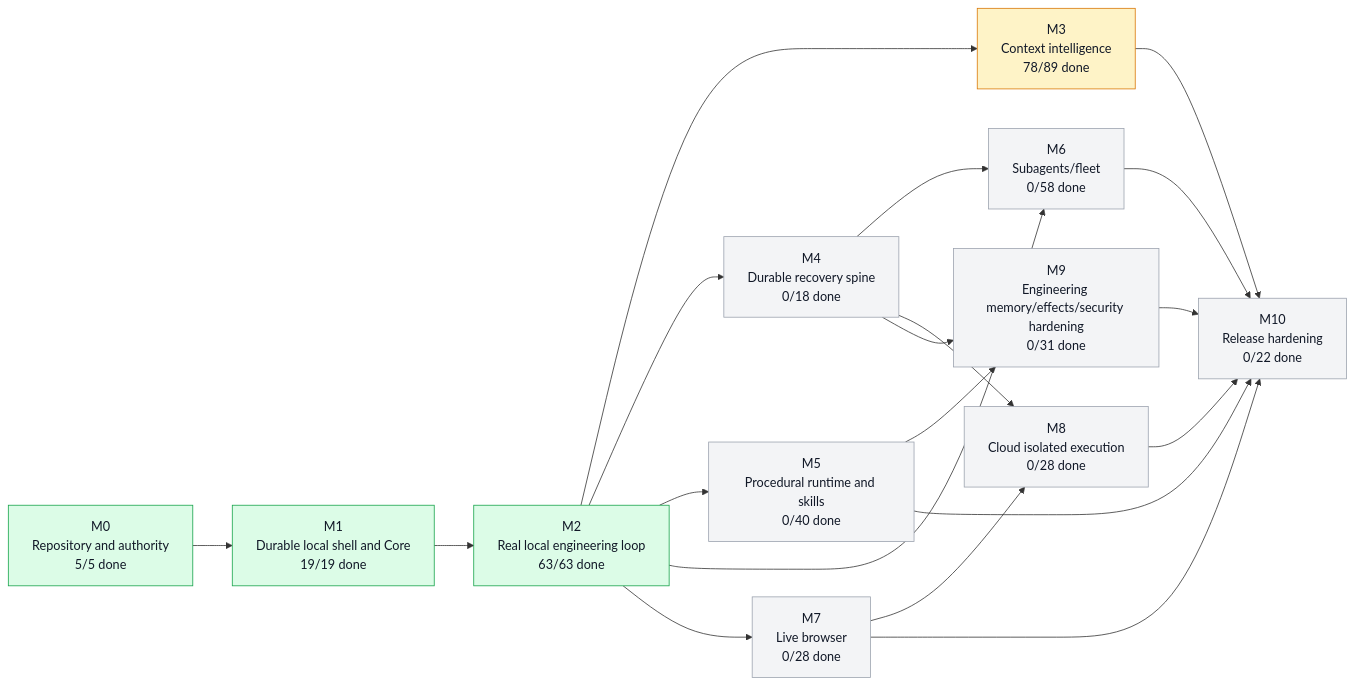
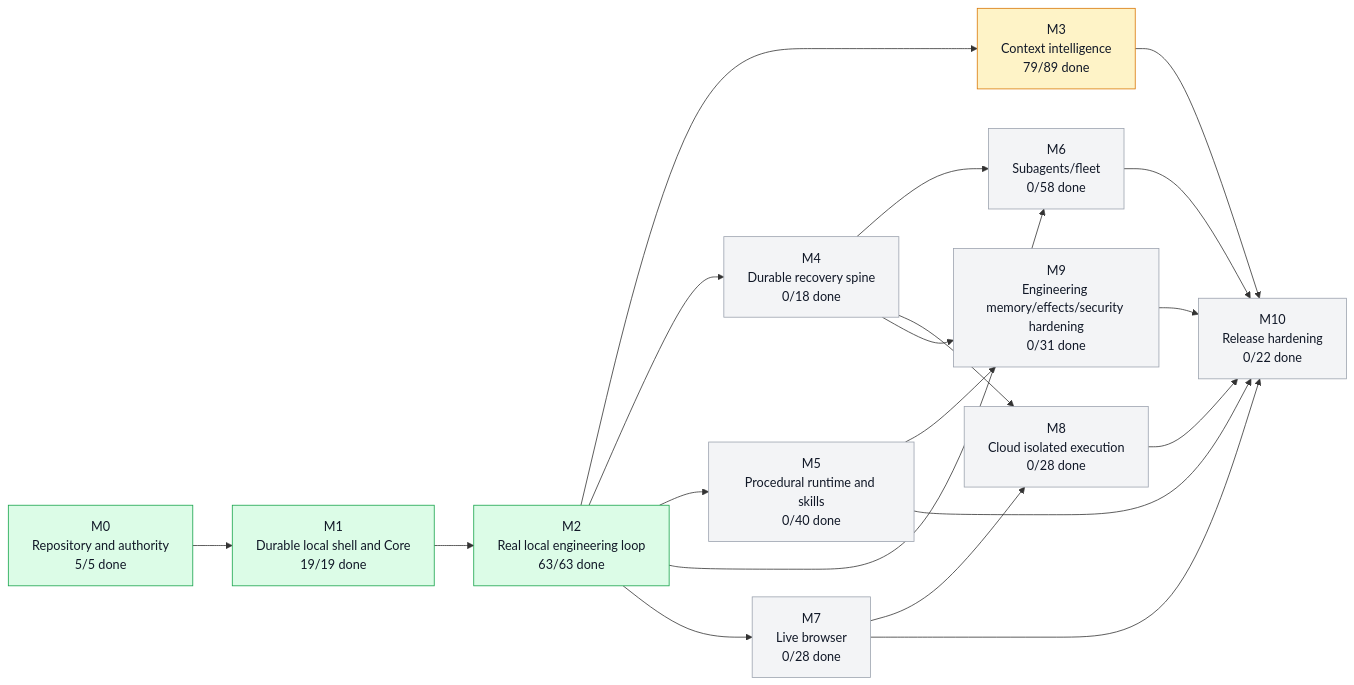
The first of 5 diagrams in graph/PROJECT_GRAPH.md (moss101/modbit), drawn with Mermaid before and after one commit. The commit also changed other lines of this file and 15 other files, not shown here.

````diff
--- a/graph/PROJECT_GRAPH.md
+++ b/graph/PROJECT_GRAPH.md
@@ -57,43 +57,43 @@
 ```mermaid
 flowchart LR
   M0["M0<br/>Repository and authority<br/>5/5 done"]
   M1["M1<br/>Durable local shell and Core<br/>19/19 done"]
   M2["M2<br/>Real local engineering loop<br/>63/63 done"]
-  M3["M3<br/>Context intelligence<br/>78/89 done"]
+  M3["M3<br/>Context intelligence<br/>79/89 done"]
   M4["M4<br/>Durable recovery spine<br/>0/18 done"]
   M5["M5<br/>Procedural runtime and skills<br/>0/40 done"]
   M6["M6<br/>Subagents/fleet<br/>0/58 done"]
   M7["M7<br/>Live browser<br/>0/28 done"]
   M8["M8<br/>Cloud isolated execution<br/>0/28 done"]
   M9["M9<br/>Engineering memory/effects/security hardening<br/>0/31 done"]
   M10["M10<br/>Release hardening<br/>0/22 done"]
   M0 --> M1
   M1 --> M2
   M2 --> M3
   M2 --> M4
   M2 --> M5
   M2 --> M6
   M4 --> M6
   M2 --> M7
   M4 --> M8
   M7 --> M8
   M4 --> M9
   M5 --> M9
   M3 --> M10
   M5 --> M10
   M6 --> M10
   M7 --> M10
   M8 --> M10
   M9 --> M10
   style M0 fill:#dcfce7,stroke:#16a34a,color:#111827
   style M1 fill:#dcfce7,stroke:#16a34a,color:#111827
   style M2 fill:#dcfce7,stroke:#16a34a,color:#111827
   style M3 fill:#fef3c7,stroke:#d97706,color:#111827
   style M4 fill:#f3f4f6,stroke:#9ca3af,color:#111827
   style M5 fill:#f3f4f6,stroke:#9ca3af,color:#111827
   style M6 fill:#f3f4f6,stroke:#9ca3af,color:#111827
   style M7 fill:#f3f4f6,stroke:#9ca3af,color:#111827
   style M8 fill:#f3f4f6,stroke:#9ca3af,color:#111827
   style M9 fill:#f3f4f6,stroke:#9ca3af,color:#111827
   style M10 fill:#f3f4f6,stroke:#9ca3af,color:#111827
 ```
````
